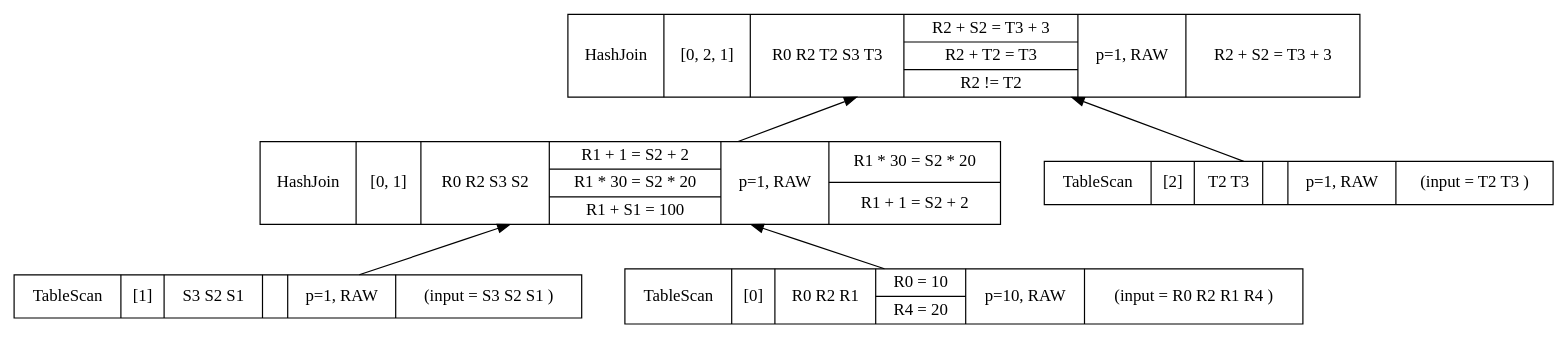
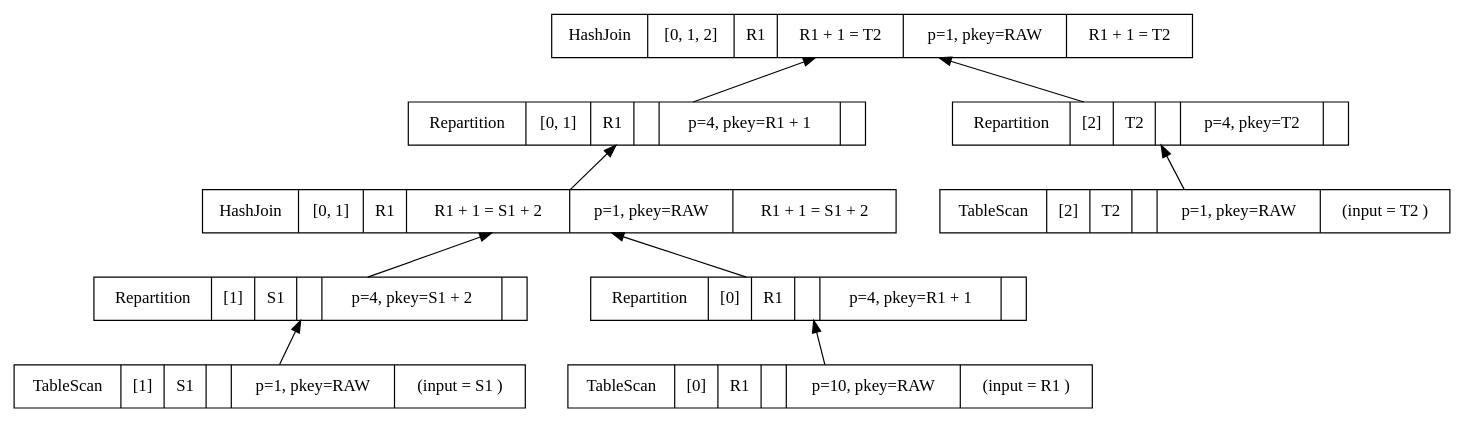
The diagram in lop.dot (adarshpannu/kona), drawn with Graphviz before and after one commit. The commit also changed 9 other files, not shown here.

Commit message:
Repartition join legs, if needed. Work in progress.

```diff
--- a/lop.dot
+++ b/lop.dot
@@ -1,15 +1,23 @@
 digraph example1 {
     node [shape=record];
     rankdir=BT;
     nodesep=0.5;
     ordering="in";
-    lopkeyLOPKey4v1 -> lopkeyLOPKey5v1;
-    lopkeyLOPKey2v1 -> lopkeyLOPKey4v1;
-    lopkeyLOPKey2v1[label="TableScan|[1]|S3 S2 S1 |{}|p=1, RAW|(input = S3 S2 S1 )"];
+    lopkeyLOPKey8v1 -> lopkeyLOPKey9v1;
+    lopkeyLOPKey6v1 -> lopkeyLOPKey8v1;
+    lopkeyLOPKey5v1 -> lopkeyLOPKey6v1;
+    lopkeyLOPKey2v1 -> lopkeyLOPKey5v1;
+    lopkeyLOPKey2v1[label="TableScan|[1]|S1 |{}|p=1, pkey=RAW|(input = S1 )"];
+    lopkeyLOPKey5v1[label="Repartition|[1]|S1 |{}|p=4, pkey=S1 + 2|"];
+    lopkeyLOPKey4v1 -> lopkeyLOPKey6v1;
     lopkeyLOPKey1v1 -> lopkeyLOPKey4v1;
-    lopkeyLOPKey1v1[label="TableScan|[0]|R0 R2 R1 |{R0 = 10|R4 = 20}|p=10, RAW|(input = R0 R2 R1 R4 )"];
-    lopkeyLOPKey4v1[label="HashJoin|[0, 1]|R0 R2 S3 S2 |{R1 + 1 = S2 + 2|R1 * 30 = S2 * 20|R1 + S1 = 100}|p=1, RAW|{R1 * 30 = S2 * 20|R1 + 1 = S2 + 2}"];
-    lopkeyLOPKey3v1 -> lopkeyLOPKey5v1;
-    lopkeyLOPKey3v1[label="TableScan|[2]|T2 T3 |{}|p=1, RAW|(input = T2 T3 )"];
-    lopkeyLOPKey5v1[label="HashJoin|[0, 2, 1]|R0 R2 T2 S3 T3 |{R2 + S2 = T3 + 3|R2 + T2 = T3|R2 != T2}|p=1, RAW|{R2 + S2 = T3 + 3}"];
+    lopkeyLOPKey1v1[label="TableScan|[0]|R1 |{}|p=10, pkey=RAW|(input = R1 )"];
+    lopkeyLOPKey4v1[label="Repartition|[0]|R1 |{}|p=4, pkey=R1 + 1|"];
+    lopkeyLOPKey6v1[label="HashJoin|[0, 1]|R1 |{R1 + 1 = S1 + 2}|p=1, pkey=RAW|{R1 + 1 = S1 + 2}"];
+    lopkeyLOPKey8v1[label="Repartition|[0, 1]|R1 |{}|p=4, pkey=R1 + 1|"];
+    lopkeyLOPKey7v1 -> lopkeyLOPKey9v1;
+    lopkeyLOPKey3v1 -> lopkeyLOPKey7v1;
+    lopkeyLOPKey3v1[label="TableScan|[2]|T2 |{}|p=1, pkey=RAW|(input = T2 )"];
+    lopkeyLOPKey7v1[label="Repartition|[2]|T2 |{}|p=4, pkey=T2|"];
+    lopkeyLOPKey9v1[label="HashJoin|[0, 1, 2]|R1 |{R1 + 1 = T2}|p=1, pkey=RAW|{R1 + 1 = T2}"];
 }
```
